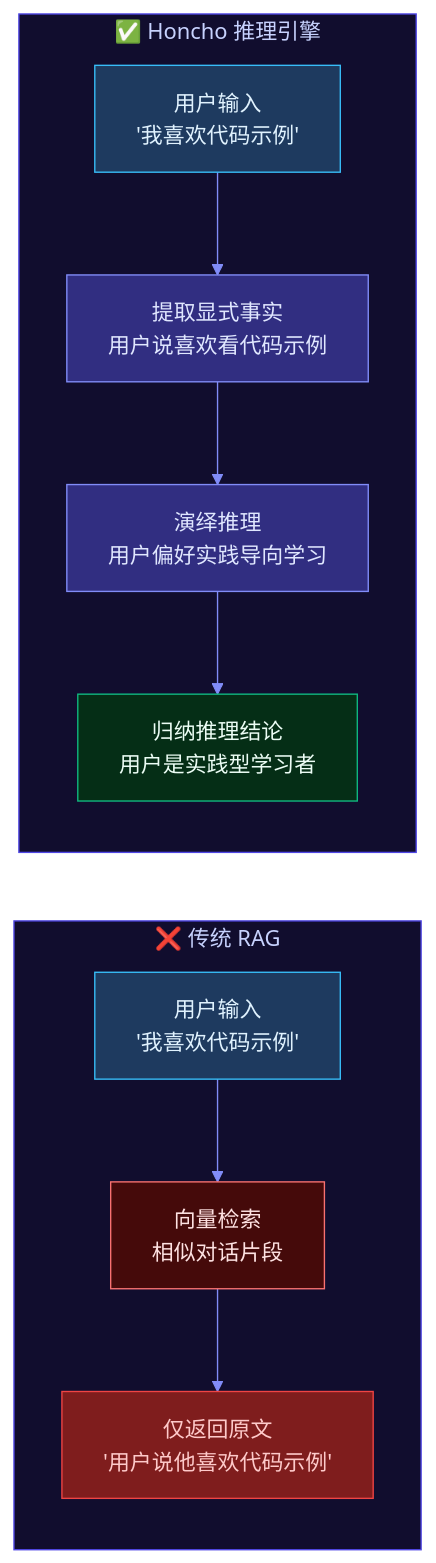
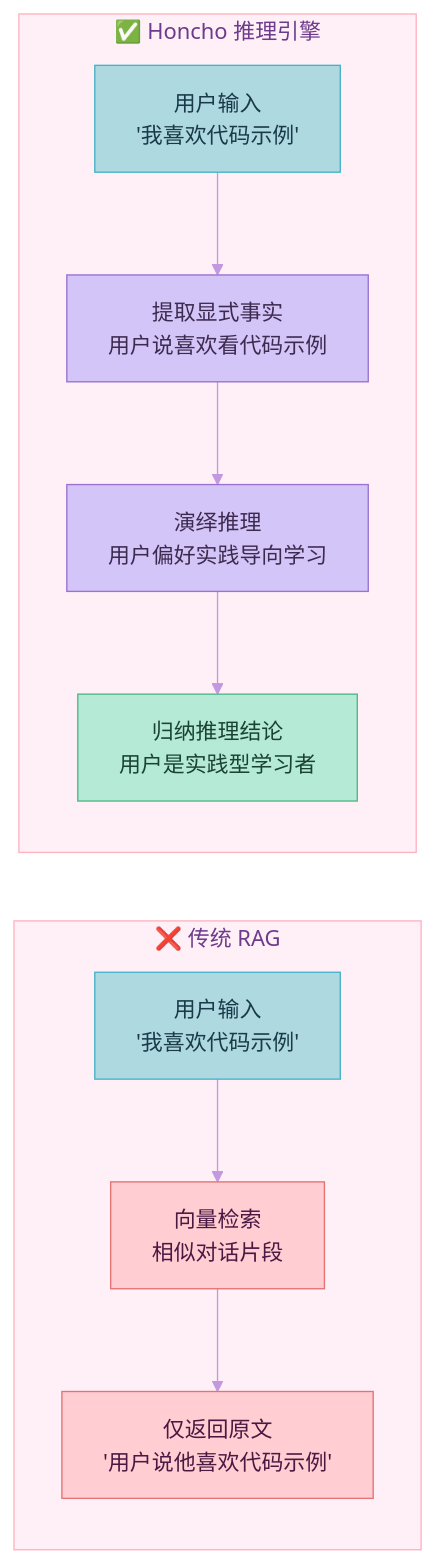
Before and after one commit to xuqi2024/xuqi2024.github.io: the fifth of 10 diagrams in source/_posts/2026-04-13-hermes-agent深度完全解读.md, drawn with Mermaid. The commit also changed other lines of this file and 3 other files, not shown here.

First line of the commit message:
style: 将所有 Mermaid 图表配色改为马卡龙色系，修复节点换行显示

````diff
--- a/source/_posts/2026-04-13-hermes-agent深度完全解读.md
+++ b/source/_posts/2026-04-13-hermes-agent深度完全解读.md
@@ -299,24 +299,24 @@
 ```mermaid
-%%{init: {'theme': 'base', 'themeVariables': {'primaryColor': '#1e1b4b', 'primaryTextColor': '#e0e7ff', 'primaryBorderColor': '#818cf8', 'lineColor': '#818cf8', 'secondaryColor': '#2e1065', 'tertiaryColor': '#0c3a4a', 'background': '#0a0914', 'mainBkg': '#1e1b4b', 'nodeBorder': '#818cf8', 'clusterBkg': '#110d2e', 'clusterBorder': '#4f46e5', 'titleColor': '#c7d2fe', 'edgeLabelBackground': '#1e1b4b'}}}%%
+%%{init: {'theme': 'base', 'themeVariables': {'primaryColor': '#FFB3C1', 'primaryTextColor': '#4A1942', 'primaryBorderColor': '#FF85A1', 'lineColor': '#C299E0', 'secondaryColor': '#C8E6C9', 'tertiaryColor': '#AED9E0', 'background': '#FFF8FB', 'mainBkg': '#FFB3C1', 'nodeBorder': '#FF85A1', 'clusterBkg': '#FFF0F7', 'clusterBorder': '#FFB3C1', 'titleColor': '#6D3B8C', 'edgeLabelBackground': '#FFF8FB'}}}%%
 flowchart LR
-    classDef input fill:#1e3a5f,stroke:#38bdf8,color:#e0f2fe
-    classDef ragnode fill:#450a0a,stroke:#f87171,color:#fee2e2
-    classDef honcho fill:#312e81,stroke:#818cf8,color:#e0e7ff
-    classDef bad fill:#7f1d1d,stroke:#ef4444,color:#fecaca
-    classDef good fill:#052e16,stroke:#10b981,color:#ecfdf5
+    classDef input fill:#AED9E0,stroke:#48B2C8,color:#1A3A4A
+    classDef ragnode fill:#FFCDD2,stroke:#E57373,color:#4A1942
+    classDef honcho fill:#D4C5F9,stroke:#9B72CF,color:#3D2B4F
+    classDef bad fill:#FFCDD2,stroke:#E57373,color:#4A1942
+    classDef good fill:#B5EAD7,stroke:#52B788,color:#1B4332
 
     subgraph RAG["❌  传统 RAG"]
-        RA["用户输入\n'我喜欢代码示例'"]:::input
-        RB["向量检索\n相似对话片段"]:::ragnode
-        RC["仅返回原文\n'用户说他喜欢代码示例'"]:::bad
+        RA["用户输入<br/>'我喜欢代码示例'"]:::input
+        RB["向量检索<br/>相似对话片段"]:::ragnode
+        RC["仅返回原文<br/>'用户说他喜欢代码示例'"]:::bad
         RA --> RB --> RC
     end
 
     subgraph HON["✅  Honcho 推理引擎"]
-        HA["用户输入\n'我喜欢代码示例'"]:::input
-        HB["提取显式事实\n用户说喜欢看代码示例"]:::honcho
-        HC2["演绎推理\n用户偏好实践导向学习"]:::honcho
-        HD["归纳推理结论\n用户是实践型学习者"]:::good
+        HA["用户输入<br/>'我喜欢代码示例'"]:::input
+        HB["提取显式事实<br/>用户说喜欢看代码示例"]:::honcho
+        HC2["演绎推理<br/>用户偏好实践导向学习"]:::honcho
+        HD["归纳推理结论<br/>用户是实践型学习者"]:::good
         HA --> HB --> HC2 --> HD
     end
 ```
````
